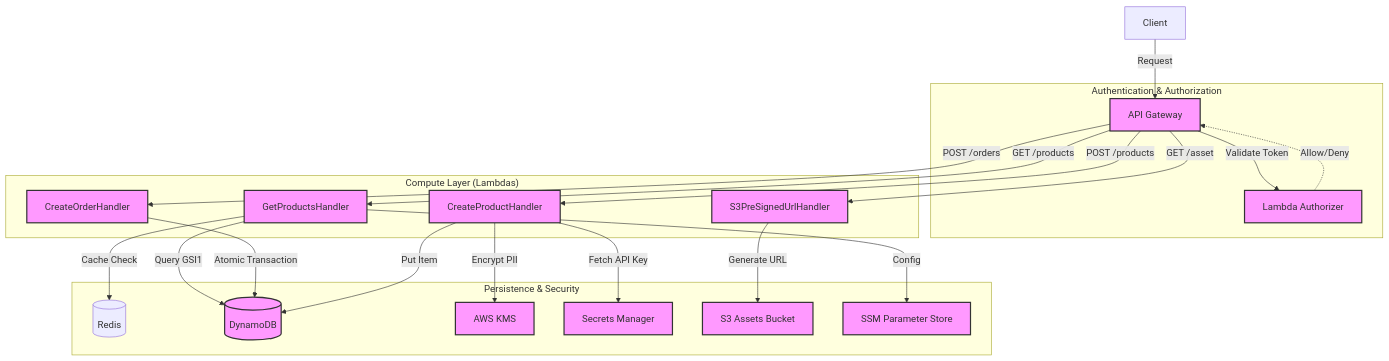
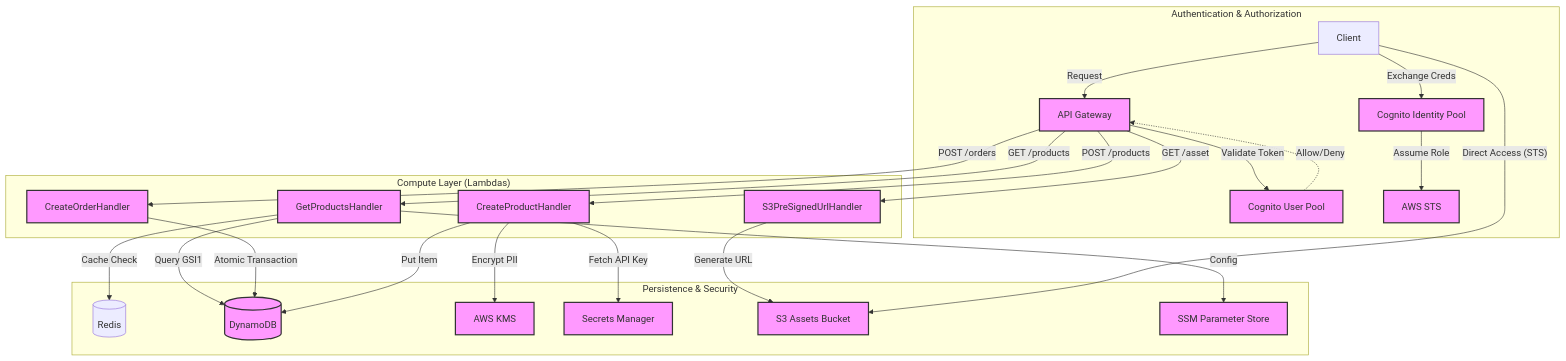
The first of 4 diagrams in README.md (dawidbera/secure-serverless-marketplace), drawn with Mermaid before and after one commit. The commit also changed other lines of this file and 8 other files, not shown here.

Commit message:
Refactor to Lambda Layers, integrat Cognito/STS, and update documentation

````diff
--- a/README.md
+++ b/README.md
@@ -7,34 +7,37 @@
 ```mermaid
 graph TD
     Client[Client] -->|Request| APIGateway[API Gateway]
     
     subgraph "Authentication & Authorization"
-        APIGateway -->|Validate Token| Authorizer[Lambda Authorizer]
+        APIGateway -->|Validate Token| Authorizer[Cognito User Pool]
         Authorizer -.->|Allow/Deny| APIGateway
+        Client -->|Exchange Creds| IdentityPool[Cognito Identity Pool]
+        IdentityPool -->|Assume Role| STS[AWS STS]
     end
 
     subgraph "Compute Layer (Lambdas)"
         APIGateway -->|GET /products| GetProducts[GetProductsHandler]
         APIGateway -->|POST /orders| CreateOrder[CreateOrderHandler]
         APIGateway -->|POST /products| CreateProduct[CreateProductHandler]
         APIGateway -->|GET /asset| S3PreSigned[S3PreSignedUrlHandler]
     end
 
     subgraph "Persistence & Security"
         GetProducts -->|Cache Check| Redis[(Redis)]
         GetProducts -->|Query GSI1| DynamoDB[(DynamoDB)]
         
         CreateOrder -->|Atomic Transaction| DynamoDB
         
         CreateProduct -->|Encrypt PII| KMS[AWS KMS]
         CreateProduct -->|Fetch API Key| SecretsManager[Secrets Manager]
         CreateProduct -->|Put Item| DynamoDB
         
         S3PreSigned -->|Generate URL| S3[S3 Assets Bucket]
+        Client -->|"Direct Access (STS)"| S3
         
         GetProducts -->|Config| SSM[SSM Parameter Store]
     end
 
     classDef aws fill:#f9f,stroke:#333,stroke-width:2px;
-    class APIGateway,Authorizer,GetProducts,CreateOrder,CreateProduct,S3PreSigned,DynamoDB,S3,KMS,SecretsManager,SSM aws;
+    class APIGateway,Authorizer,IdentityPool,STS,GetProducts,CreateOrder,CreateProduct,S3PreSigned,DynamoDB,S3,KMS,SecretsManager,SSM aws;
 ```
````
